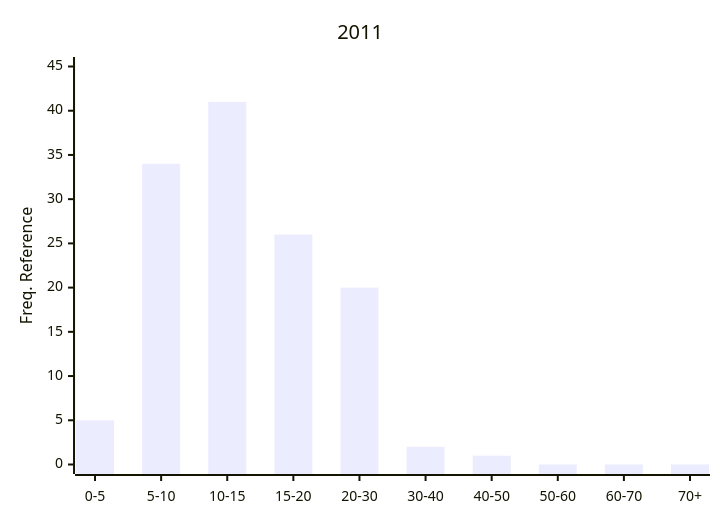
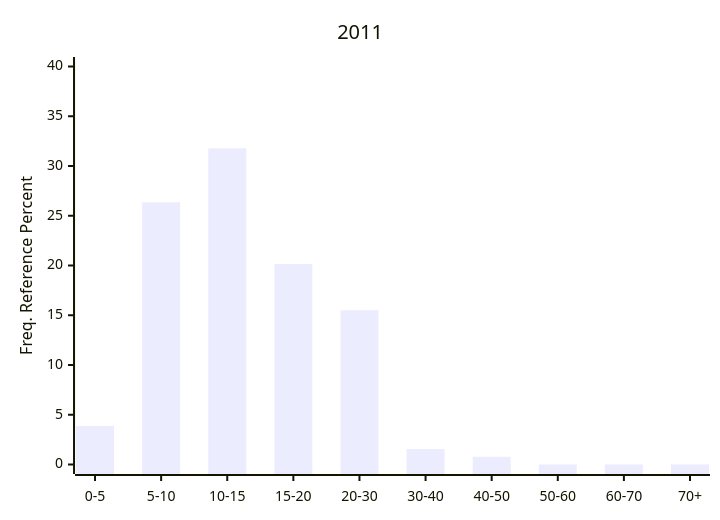
Before and after one commit to Nemus-Project/fair-nime-2026: diagram 14 of 28 in README.md, drawn with Mermaid. The commit also changed other lines of this file, not shown here.

````diff
--- a/README.md
+++ b/README.md
@@ -568,7 +569,7 @@
 ```mermaid
 xychart-beta
     title "2011"
     x-axis ["0-5", "5-10", "10-15", "15-20", "20-30", "30-40", "40-50", "50-60", "60-70", "70+"]
-    y-axis "Freq. Reference" 0 --> 45
-    bar [5, 34, 41, 26, 20, 2, 1, 0, 0, 0]
+    y-axis "Freq. Reference Percent" 0 --> 40
+    bar [3.875968992248062, 26.356589147286826, 31.782945736434108, 20.155038759689923, 15.503875968992247, 1.550387596899225, 0.7751937984496124, 0.0, 0.0, 0.0]
 ```    
````
